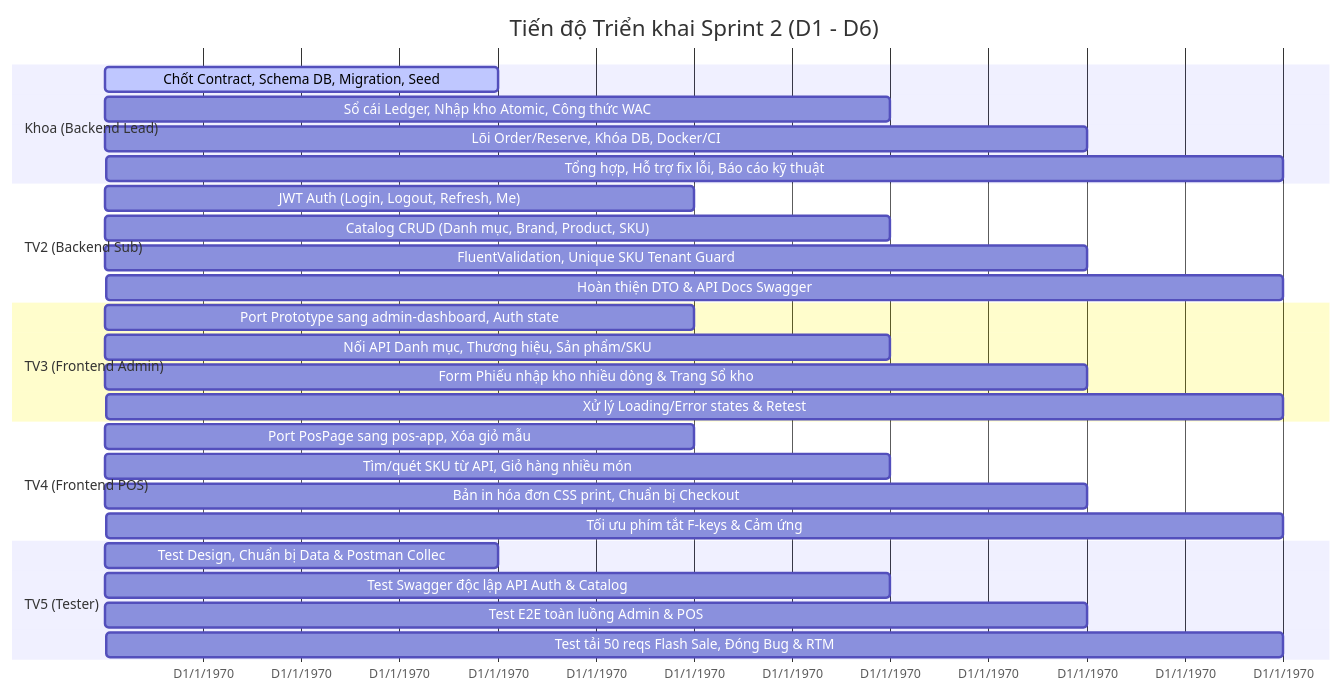
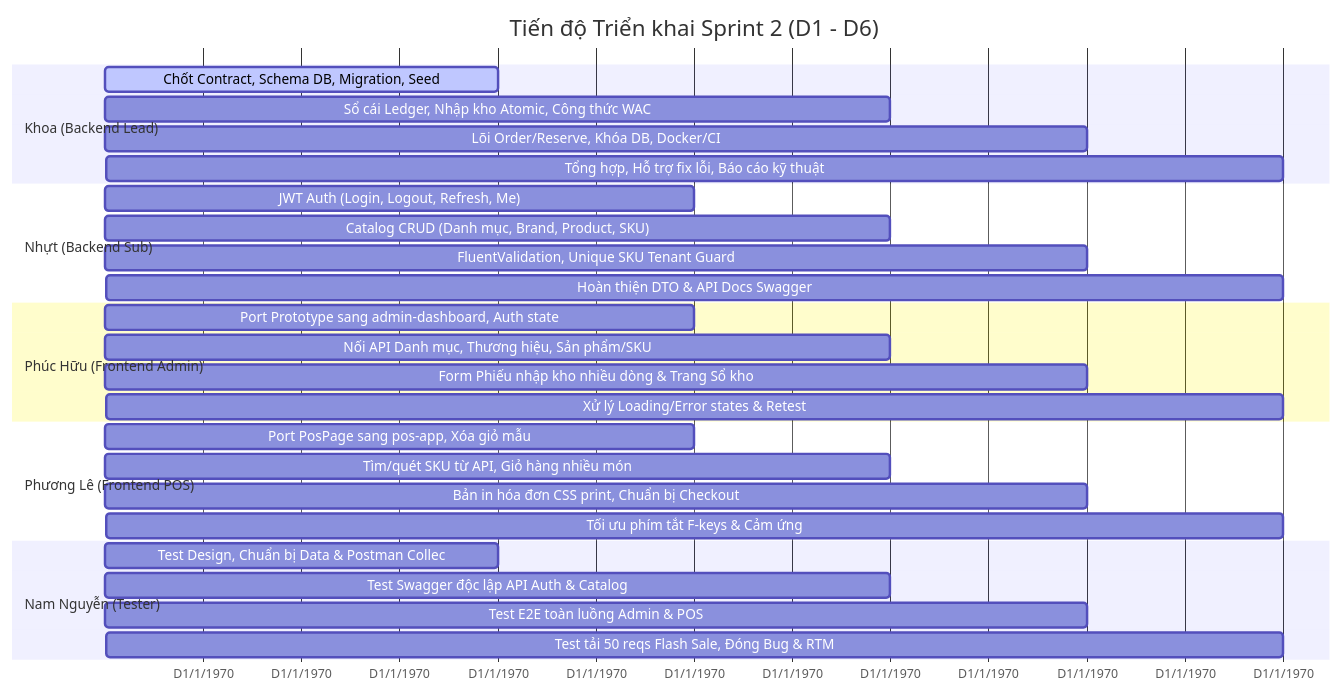
Before and after one commit to khoalvd839764-netizen/OISMS: the diagram in docs/08-sprints/sprint-2/SPRINT_2_COMPREHENSIVE_GUIDE.md, drawn with Mermaid. The commit also changed other lines of this file and 13 other files, not shown here.

````diff
--- a/docs/08-sprints/sprint-2/SPRINT_2_COMPREHENSIVE_GUIDE.md
+++ b/docs/08-sprints/sprint-2/SPRINT_2_COMPREHENSIVE_GUIDE.md
@@ -39,36 +39,36 @@
 ```mermaid
 gantt
     title Tiến độ Triển khai Sprint 2 (D1 - D6)
     dateFormat  X
     axisFormat D%x
     
     section Khoa (Backend Lead)
     Chốt Contract, Schema DB, Migration, Seed        :active, 1, 2
     Sổ cái Ledger, Nhập kho Atomic, Công thức WAC    :2, 4
     Lõi Order/Reserve, Khóa DB, Docker/CI            :4, 5
     Tổng hợp, Hỗ trợ fix lỗi, Báo cáo kỹ thuật       :5, 6
 
-    section TV2 (Backend Sub)
+    section Nhựt (Backend Sub)
     JWT Auth (Login, Logout, Refresh, Me)            :1, 3
     Catalog CRUD (Danh mục, Brand, Product, SKU)     :2, 4
     FluentValidation, Unique SKU Tenant Guard        :4, 5
     Hoàn thiện DTO & API Docs Swagger               :5, 6
 
-    section TV3 (Frontend Admin)
+    section Phúc Hữu (Frontend Admin)
     Port Prototype sang admin-dashboard, Auth state   :1, 3
     Nối API Danh mục, Thương hiệu, Sản phẩm/SKU       :3, 4
     Form Phiếu nhập kho nhiều dòng & Trang Sổ kho    :4, 5
     Xử lý Loading/Error states & Retest              :5, 6
 
-    section TV4 (Frontend POS)
+    section Phương Lê (Frontend POS)
     Port PosPage sang pos-app, Xóa giỏ mẫu           :1, 3
     Tìm/quét SKU từ API, Giỏ hàng nhiều món          :3, 4
     Bản in hóa đơn CSS print, Chuẩn bị Checkout      :4, 5
     Tối ưu phím tắt F-keys & Cảm ứng                 :5, 6
 
-    section TV5 (Tester)
+    section Nam Nguyễn (Tester)
     Test Design, Chuẩn bị Data & Postman Collec      :1, 2
     Test Swagger độc lập API Auth & Catalog          :2, 4
     Test E2E toàn luồng Admin & POS                  :4, 5
     Test tải 50 reqs Flash Sale, Đóng Bug & RTM      :5, 6
 ```
````
